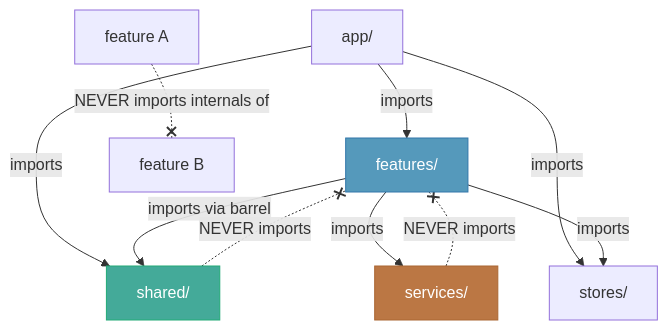
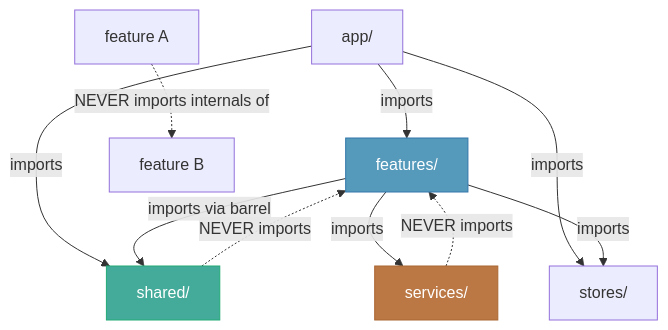
One commit to sanromarth/ornas changed the second of 2 diagrams in docs/architecture/05_FOLDER_STRUCTURE.md. Above: the diagram before and after it, drawn with Mermaid. The commit also changed other lines of this file and 253 other files, not shown here.

````diff
--- a/docs/architecture/05_FOLDER_STRUCTURE.md
+++ b/docs/architecture/05_FOLDER_STRUCTURE.md
@@ -179,18 +179,18 @@
 ```mermaid
 graph TD
-    APP["app/"] -->|"imports"| FEAT["features/"]
-    APP -->|"imports"| SHARED["shared/"]
-    APP -->|"imports"| STORES["stores/"]
+    APP["app/"] -->|imports| FEAT["features/"]
+    APP -->|imports| SHARED["shared/"]
+    APP -->|imports| STORES["stores/"]
 
-    FEAT -->|"imports via barrel"| SHARED
-    FEAT -->|"imports"| SVC["services/"]
-    FEAT -->|"imports"| STORES
+    FEAT -->|imports via barrel| SHARED
+    FEAT -->|imports| SVC["services/"]
+    FEAT -->|imports| STORES
 
-    SHARED -.-x|"NEVER imports"| FEAT
-    SVC -.-x|"NEVER imports"| FEAT
-    FEAT_A["feature A"] -.-x|"NEVER imports internals of"| FEAT_B["feature B"]
+    SHARED -.->|NEVER imports| FEAT
+    SVC -.->|NEVER imports| FEAT
+    FEAT_A["feature A"] -.->|NEVER imports internals of| FEAT_B["feature B"]
 
     style SHARED fill:#4a9,stroke:#2a7,color:#fff
     style FEAT fill:#59b,stroke:#37a,color:#fff
     style SVC fill:#b74,stroke:#a63,color:#fff
 ```
````
